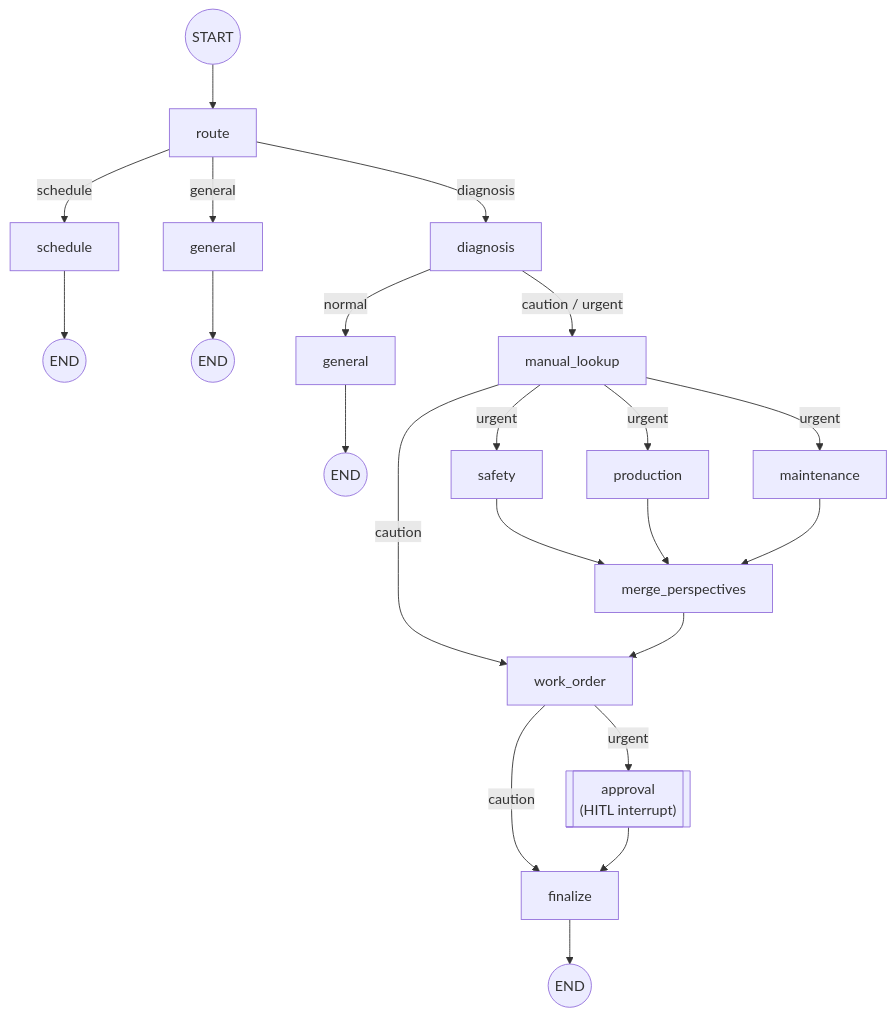
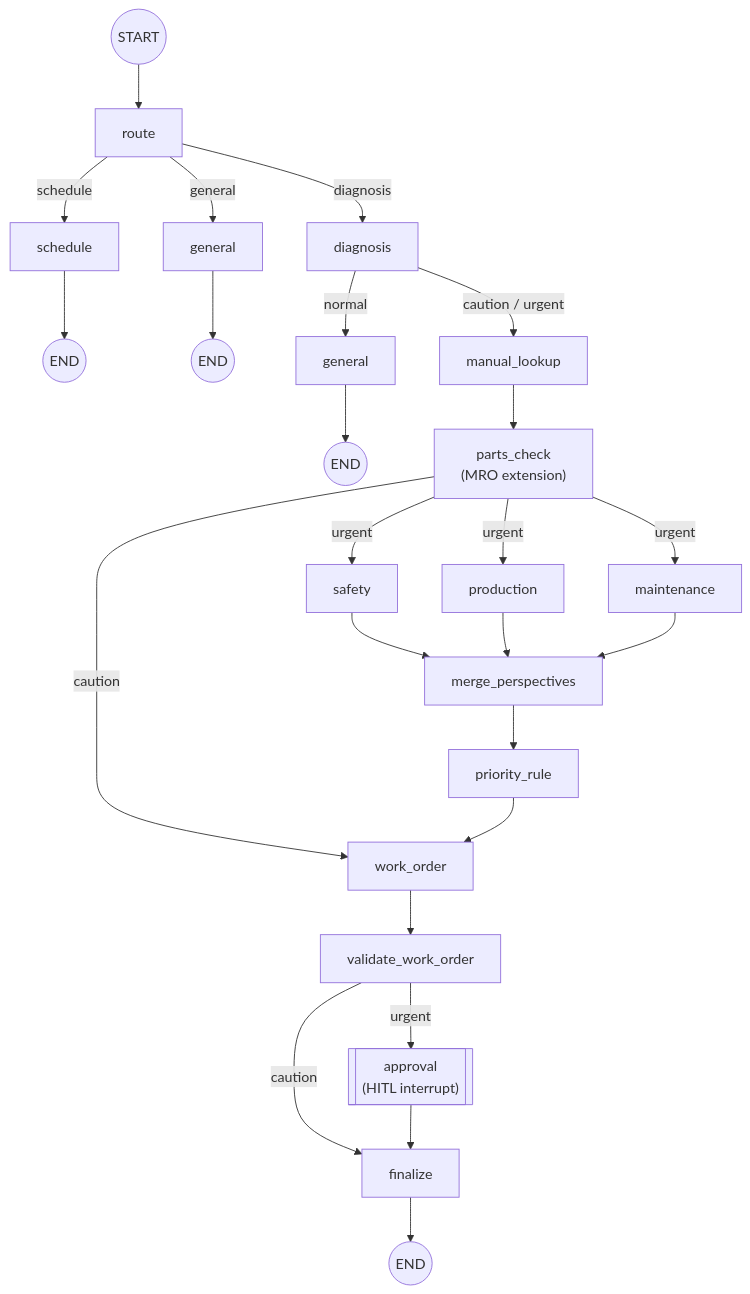
The second of 3 diagrams in docs/PORTFOLIO.md (surplus96/uptime-copilot), drawn with Mermaid before and after one commit. The commit also changed other lines of this file and 5 other files, not shown here.

````diff
--- a/docs/PORTFOLIO.md
+++ b/docs/PORTFOLIO.md
@@ -93,21 +93,24 @@
 ```mermaid
 flowchart TD
     START(("START")) --> route["route"]
     route -- "diagnosis" --> diagnosis["diagnosis"]
     route -- "schedule" --> schedule["schedule"] --> ENDs(("END"))
     route -- "general" --> general["general"] --> ENDg(("END"))
     diagnosis -- "normal" --> general2["general"] --> ENDg2(("END"))
     diagnosis -- "caution / urgent" --> manual["manual_lookup"]
-    manual -- "caution" --> wo["work_order"]
-    manual -- "urgent" --> safety["safety"]
-    manual -- "urgent" --> production["production"]
-    manual -- "urgent" --> maintenance["maintenance"]
+    manual --> parts["parts_check<br/>(MRO extension)"]
+    parts -- "caution" --> wo["work_order"]
+    parts -- "urgent" --> safety["safety"]
+    parts -- "urgent" --> production["production"]
+    parts -- "urgent" --> maintenance["maintenance"]
     safety --> merge["merge_perspectives"]
     production --> merge
     maintenance --> merge
-    merge --> wo
-    wo -- "urgent" --> approval[["approval\n(HITL interrupt)"]]
-    wo -- "caution" --> finalize["finalize"]
+    merge --> priority["priority_rule"]
+    priority --> wo
+    wo --> validate["validate_work_order"]
+    validate -- "urgent" --> approval[["approval\n(HITL interrupt)"]]
+    validate -- "caution" --> finalize["finalize"]
     approval --> finalize
     finalize --> ENDf(("END"))
 ```
````
